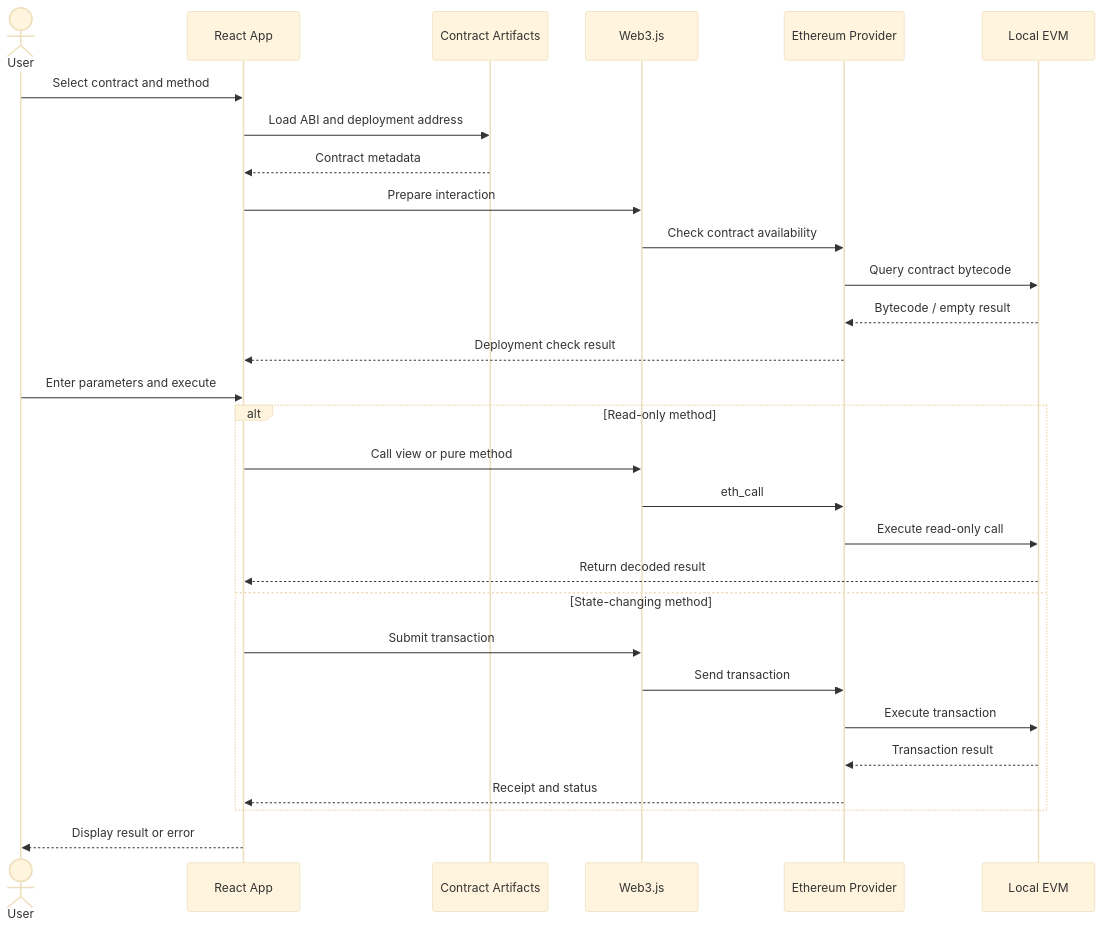
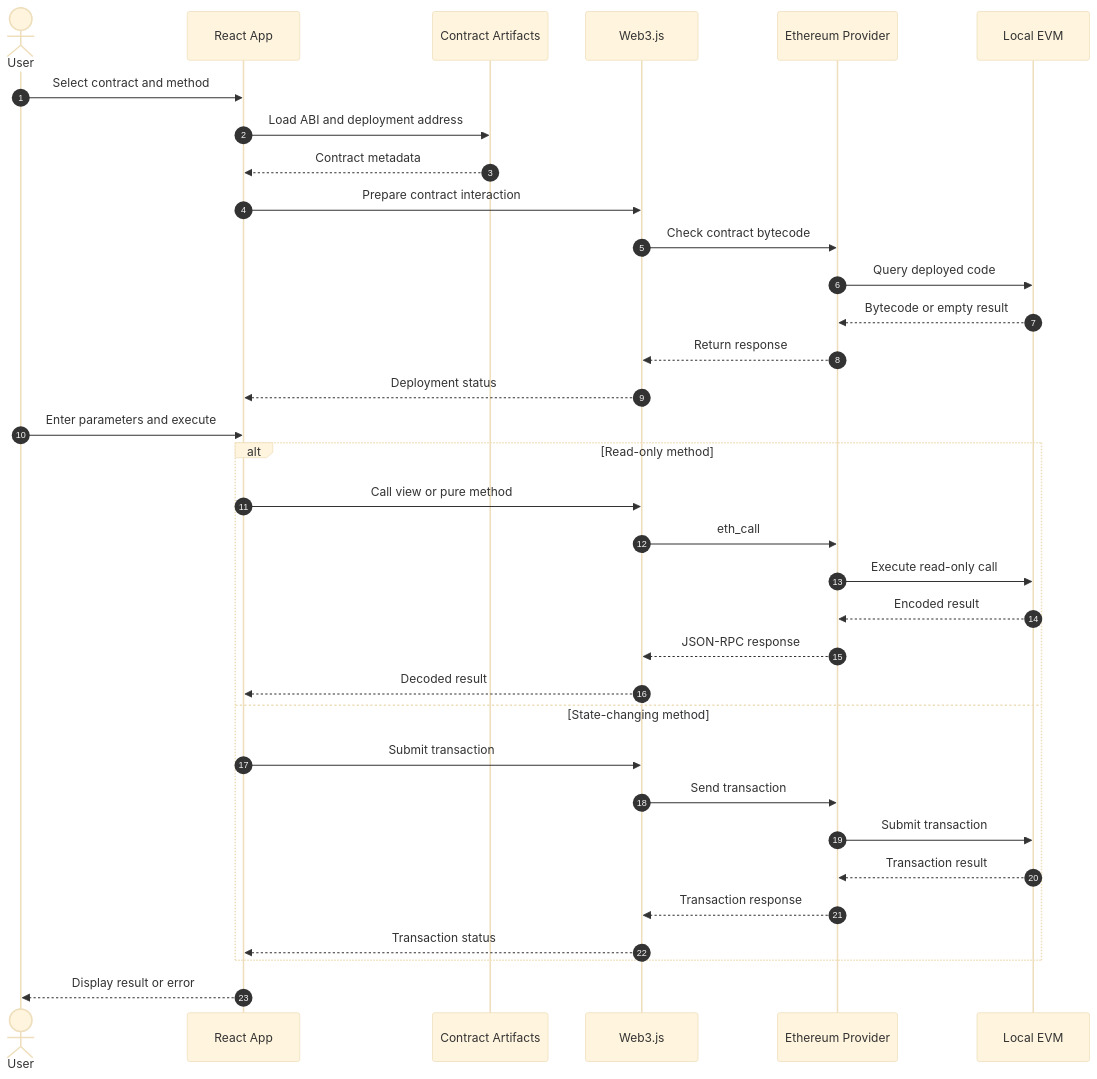
One commit to Ellouzati-Mohammed/blockchain_project changed the second of 2 diagrams in README.md. Above: the diagram before and after it, drawn with Mermaid (base theme). The commit also changed other lines of this file, not shown here.

````diff
--- a/README.md
+++ b/README.md
@@ -124,35 +160,40 @@
 ```mermaid
 sequenceDiagram
+    autonumber
     actor User
     participant UI as React App
     participant ABI as Contract Artifacts
     participant W3 as Web3.js
     participant P as Ethereum Provider
     participant EVM as Local EVM
 
     User->>UI: Select contract and method
     UI->>ABI: Load ABI and deployment address
     ABI-->>UI: Contract metadata
-    UI->>W3: Prepare interaction
-    W3->>P: Check contract availability
-    P->>EVM: Query contract bytecode
-    EVM-->>P: Bytecode / empty result
-    P-->>UI: Deployment check result
+    UI->>W3: Prepare contract interaction
+    W3->>P: Check contract bytecode
+    P->>EVM: Query deployed code
+    EVM-->>P: Bytecode or empty result
+    P-->>W3: Return response
+    W3-->>UI: Deployment status
 
     User->>UI: Enter parameters and execute
 
     alt Read-only method
         UI->>W3: Call view or pure method
         W3->>P: eth_call
         P->>EVM: Execute read-only call
-        EVM-->>UI: Return decoded result
+        EVM-->>P: Encoded result
+        P-->>W3: JSON-RPC response
+        W3-->>UI: Decoded result
     else State-changing method
         UI->>W3: Submit transaction
         W3->>P: Send transaction
-        P->>EVM: Execute transaction
+        P->>EVM: Submit transaction
         EVM-->>P: Transaction result
-        P-->>UI: Receipt and status
+        P-->>W3: Transaction response
+        W3-->>UI: Transaction status
     end
 
     UI-->>User: Display result or error
 ```
````
